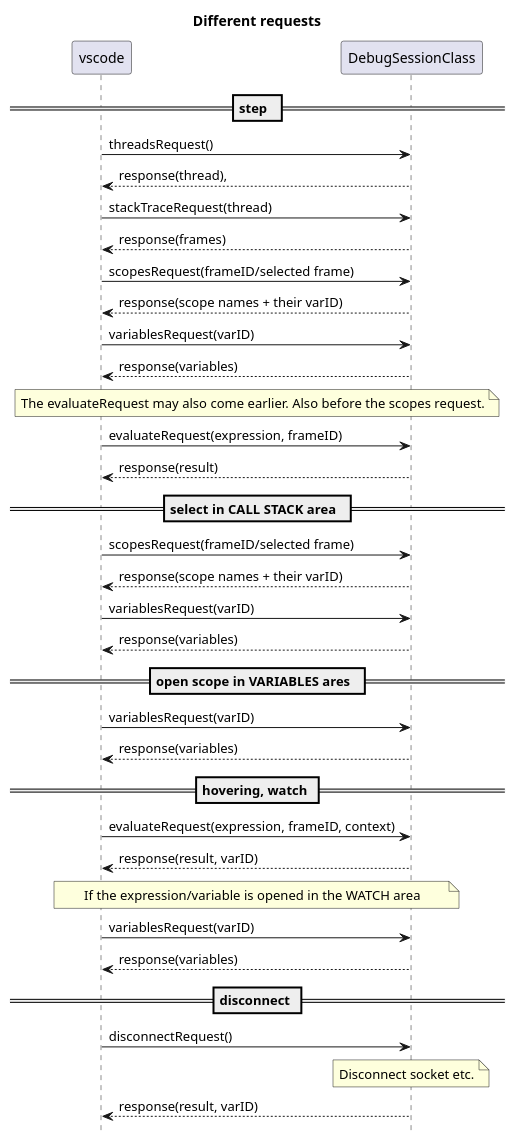
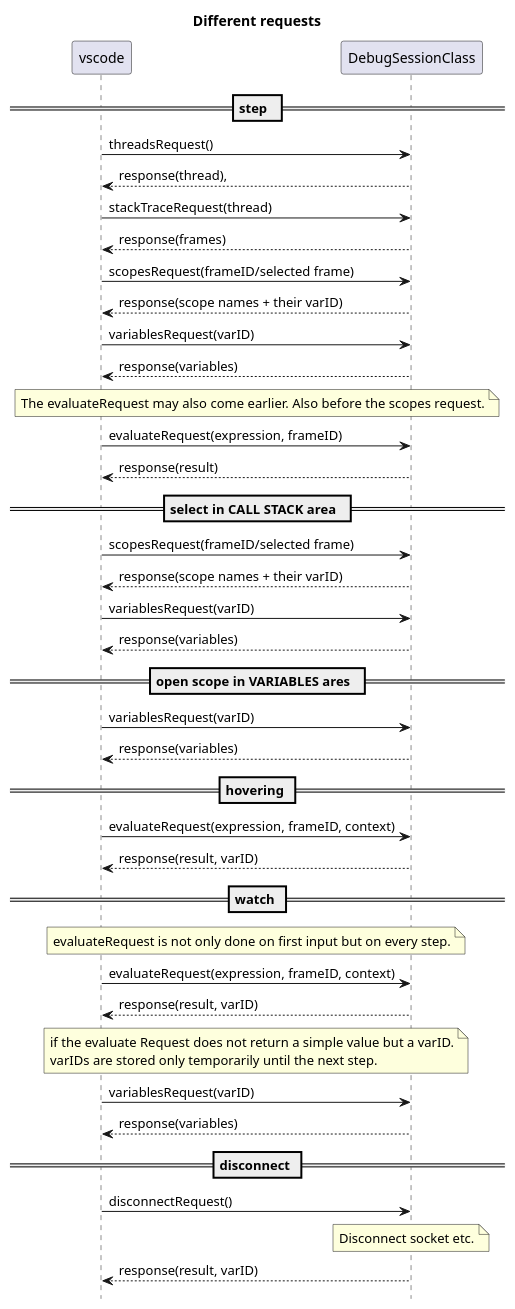
One commit to maziac/DeZog changed the diagram in design/requests.md. Above: the diagram before and after it, drawn with PlantUML. The commit also changed 2 other files, not shown here.

Commit message:
Started implementation of WatchesList.

`````diff
--- a/design/requests.md
+++ b/design/requests.md
@@ -3,62 +3,70 @@
 ```puml
 title Different requests
 
 hide footbox
 
 
 participant vscode
 participant ZXDebug as "DebugSessionClass"
 'participant ZXSocket as "Zesarux\nSocket"
 
 == step  ==
 
 vscode -> ZXDebug: threadsRequest()
 vscode <-- ZXDebug: response(thread)‚
 
 vscode -> ZXDebug: stackTraceRequest(thread)
 vscode <-- ZXDebug: response(frames)
 
 vscode -> ZXDebug: scopesRequest(frameID/selected frame)
 vscode <-- ZXDebug: response(scope names + their varID)
 
 vscode -> ZXDebug: variablesRequest(varID)
 vscode <-- ZXDebug: response(variables)
 
 note over vscode, ZXDebug: The evaluateRequest may also come earlier. Also before the scopes request.
 vscode -> ZXDebug: evaluateRequest(expression, frameID)
 vscode <-- ZXDebug: response(result)
 
 == select in CALL STACK area  ==
 
 vscode -> ZXDebug: scopesRequest(frameID/selected frame)
 vscode <-- ZXDebug: response(scope names + their varID)
 
 vscode -> ZXDebug: variablesRequest(varID)
 vscode <-- ZXDebug: response(variables)
 
 
 == open scope in VARIABLES ares  ==
 
 vscode -> ZXDebug: variablesRequest(varID)
 vscode <-- ZXDebug: response(variables)
 
 
-== hovering, watch ==
+== hovering ==
 
 vscode -> ZXDebug: evaluateRequest(expression, frameID, context)
 vscode <-- ZXDebug: response(result, varID)
 
-note over vscode, ZXDebug: If the expression/variable is opened in the WATCH area
+
+== watch ==
+
+note over vscode, ZXDebug: evaluateRequest is not only done on first input but on every step.
+
+vscode -> ZXDebug: evaluateRequest(expression, frameID, context)
+vscode <-- ZXDebug: response(result, varID)
+
+note over vscode, ZXDebug: if the evaluate Request does not return a simple value but a varID.\nvarIDs are stored only temporarily until the next step.
 
 vscode -> ZXDebug: variablesRequest(varID)
 vscode <-- ZXDebug: response(variables)
 
 
 == disconnect ==
 
 vscode -> ZXDebug: disconnectRequest()
 
 note over ZXDebug: Disconnect socket etc.
 
 vscode <-- ZXDebug: response(result, varID)
 ````
`````
